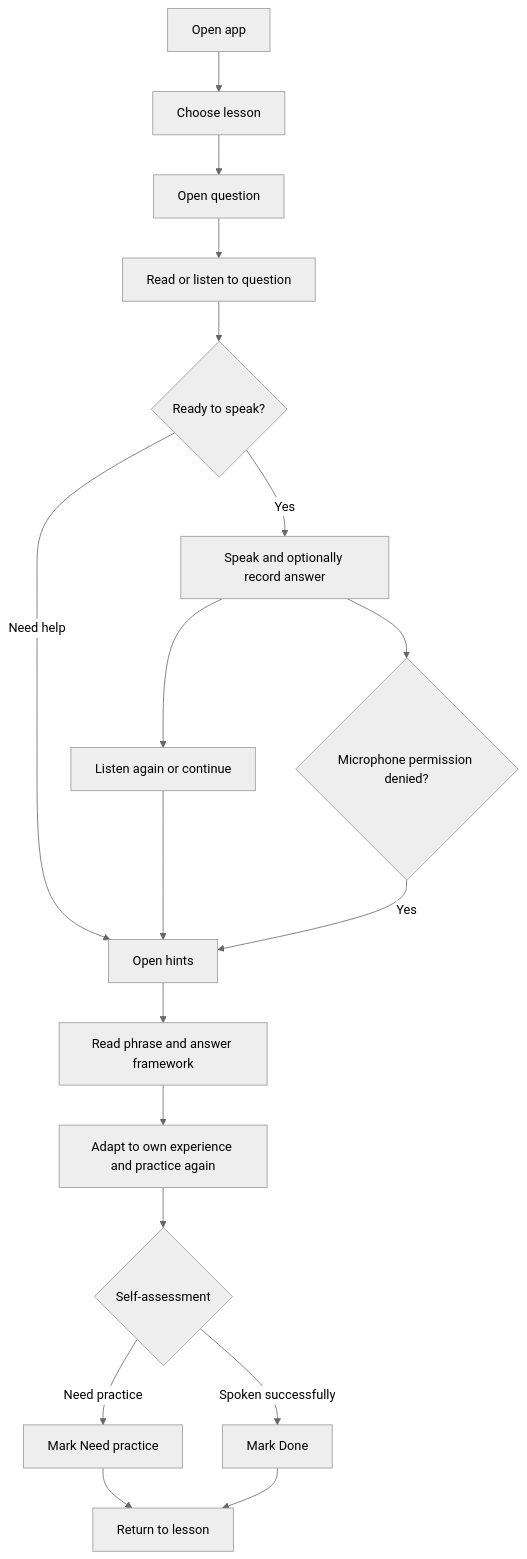
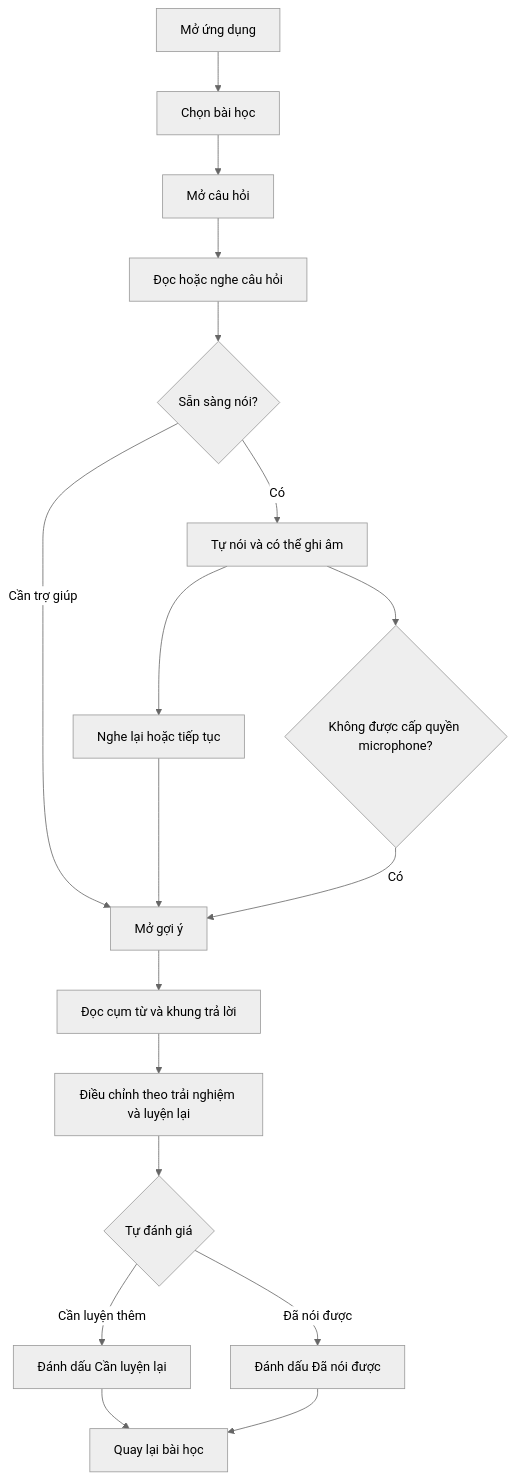
One commit to mobile-app-CO3043/interview-english changed the first of 2 diagrams in docs/assignment1/assignment1-report.md. Above: the diagram before and after it, drawn with Mermaid (neutral theme). The commit also changed other lines of this file and 1 other file, not shown here.

````diff
--- a/docs/assignment1/assignment1-report.md
+++ b/docs/assignment1/assignment1-report.md
@@ -276,20 +276,20 @@
 ```mermaid
 flowchart TD
-    A[Open app] --> B[Choose lesson]
-    B --> C[Open question]
-    C --> D[Read or listen to question]
-    D --> E{Ready to speak?}
-    E -->|Yes| F[Speak and optionally record answer]
-    E -->|Need help| G[Open hints]
-    F --> H[Listen again or continue]
+    A[Mở ứng dụng] --> B[Chọn bài học]
+    B --> C[Mở câu hỏi]
+    C --> D[Đọc hoặc nghe câu hỏi]
+    D --> E{Sẵn sàng nói?}
+    E -->|Có| F[Tự nói và có thể ghi âm]
+    E -->|Cần trợ giúp| G[Mở gợi ý]
+    F --> H[Nghe lại hoặc tiếp tục]
     H --> G
-    G --> I[Read phrase and answer framework]
-    I --> J[Adapt to own experience and practice again]
-    J --> K{Self-assessment}
-    K -->|Need practice| L[Mark Need practice]
-    K -->|Spoken successfully| M[Mark Done]
-    L --> N[Return to lesson]
+    G --> I[Đọc cụm từ và khung trả lời]
+    I --> J[Điều chỉnh theo trải nghiệm và luyện lại]
+    J --> K{Tự đánh giá}
+    K -->|Cần luyện thêm| L[Đánh dấu Cần luyện lại]
+    K -->|Đã nói được| M[Đánh dấu Đã nói được]
+    L --> N[Quay lại bài học]
     M --> N
-    F --> O{Microphone permission denied?}
-    O -->|Yes| G
+    F --> O{Không được cấp quyền microphone?}
+    O -->|Có| G
 ```
````
